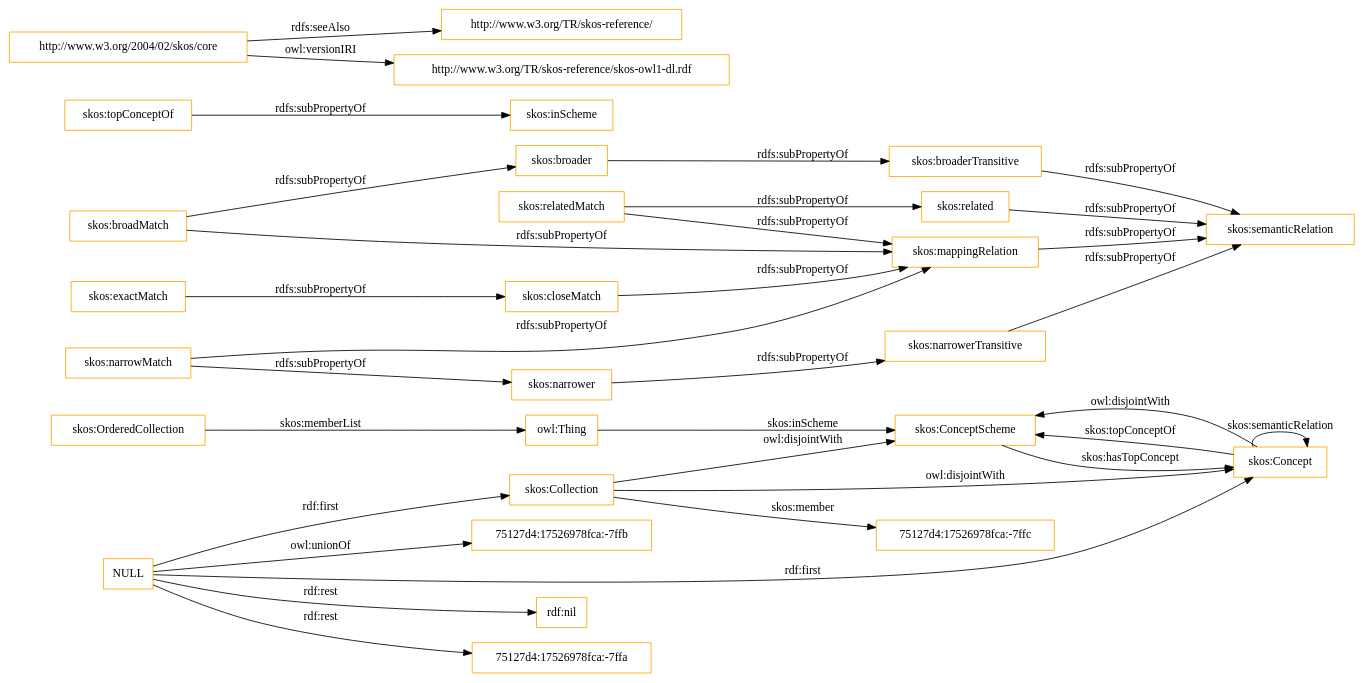
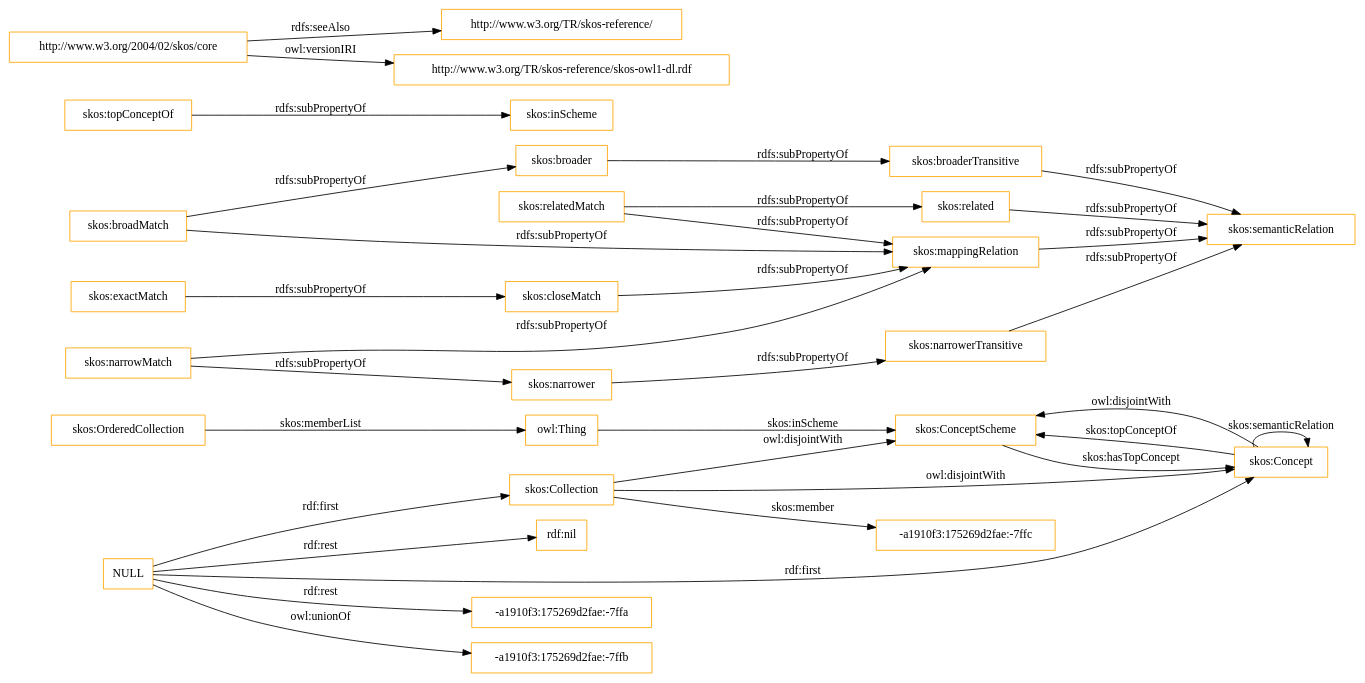
The diagram in OnToology/imports/skos.owl/diagrams/ar2dtool-class/skos.owl.png.dot (OnToologyUser/core-ontology-1), drawn with Graphviz before and after one commit. The commit also changed 14 other files, not shown here.

```diff
--- a/OnToology/imports/skos.owl/diagrams/ar2dtool-class/skos.owl.png.dot
+++ b/OnToology/imports/skos.owl/diagrams/ar2dtool-class/skos.owl.png.dot
@@ -1,37 +1,37 @@
 digraph ar2dtool_diagram { 
 rankdir=LR;
 size="1501"
-node [shape = rectangle, color="orange"]; "skos:OrderedCollection" "skos:ConceptScheme" "skos:Concept" "skos:Collection" "75127d4:17526978fca:-7ffc" ; /*classes style*/
+node [shape = rectangle, color="orange"]; "skos:OrderedCollection" "skos:ConceptScheme" "skos:Concept" "skos:Collection" "-a1910f3:175269d2fae:-7ffc" ; /*classes style*/
 	"skos:narrowerTransitive" -> "skos:semanticRelation" [ label = "rdfs:subPropertyOf" ];
+	"NULL" -> "-a1910f3:175269d2fae:-7ffa" [ label = "rdf:rest" ];
+	"NULL" -> "skos:Collection" [ label = "rdf:first" ];
+	"NULL" -> "-a1910f3:175269d2fae:-7ffb" [ label = "owl:unionOf" ];
 	"NULL" -> "rdf:nil" [ label = "rdf:rest" ];
 	"NULL" -> "skos:Concept" [ label = "rdf:first" ];
-	"NULL" -> "75127d4:17526978fca:-7ffa" [ label = "rdf:rest" ];
-	"NULL" -> "skos:Collection" [ label = "rdf:first" ];
-	"NULL" -> "75127d4:17526978fca:-7ffb" [ label = "owl:unionOf" ];
 	"skos:closeMatch" -> "skos:mappingRelation" [ label = "rdfs:subPropertyOf" ];
 	"skos:Concept" -> "skos:ConceptScheme" [ label = "owl:disjointWith" ];
 	"skos:relatedMatch" -> "skos:related" [ label = "rdfs:subPropertyOf" ];
 	"skos:relatedMatch" -> "skos:mappingRelation" [ label = "rdfs:subPropertyOf" ];
 	"skos:related" -> "skos:semanticRelation" [ label = "rdfs:subPropertyOf" ];
 	"skos:topConceptOf" -> "skos:inScheme" [ label = "rdfs:subPropertyOf" ];
 	"skos:broadMatch" -> "skos:mappingRelation" [ label = "rdfs:subPropertyOf" ];
 	"skos:broadMatch" -> "skos:broader" [ label = "rdfs:subPropertyOf" ];
 	"skos:exactMatch" -> "skos:closeMatch" [ label = "rdfs:subPropertyOf" ];
 	"skos:broaderTransitive" -> "skos:semanticRelation" [ label = "rdfs:subPropertyOf" ];
 	"skos:broader" -> "skos:broaderTransitive" [ label = "rdfs:subPropertyOf" ];
 	"skos:mappingRelation" -> "skos:semanticRelation" [ label = "rdfs:subPropertyOf" ];
 	"http://www.w3.org/2004/02/skos/core" -> "http://www.w3.org/TR/skos-reference/" [ label = "rdfs:seeAlso" ];
 	"http://www.w3.org/2004/02/skos/core" -> "http://www.w3.org/TR/skos-reference/skos-owl1-dl.rdf" [ label = "owl:versionIRI" ];
 	"skos:Collection" -> "skos:ConceptScheme" [ label = "owl:disjointWith" ];
 	"skos:Collection" -> "skos:Concept" [ label = "owl:disjointWith" ];
 	"skos:narrower" -> "skos:narrowerTransitive" [ label = "rdfs:subPropertyOf" ];
 	"skos:narrowMatch" -> "skos:narrower" [ label = "rdfs:subPropertyOf" ];
 	"skos:narrowMatch" -> "skos:mappingRelation" [ label = "rdfs:subPropertyOf" ];
 	"skos:OrderedCollection" -> "owl:Thing" [ label = "skos:memberList" ];
 	"skos:Concept" -> "skos:ConceptScheme" [ label = "skos:topConceptOf" ];
 	"skos:Concept" -> "skos:Concept" [ label = "skos:semanticRelation" ];
-	"skos:Collection" -> "75127d4:17526978fca:-7ffc" [ label = "skos:member" ];
+	"skos:Collection" -> "-a1910f3:175269d2fae:-7ffc" [ label = "skos:member" ];
 	"skos:ConceptScheme" -> "skos:Concept" [ label = "skos:hasTopConcept" ];
 	"owl:Thing" -> "skos:ConceptScheme" [ label = "skos:inScheme" ];
 
 }
```
